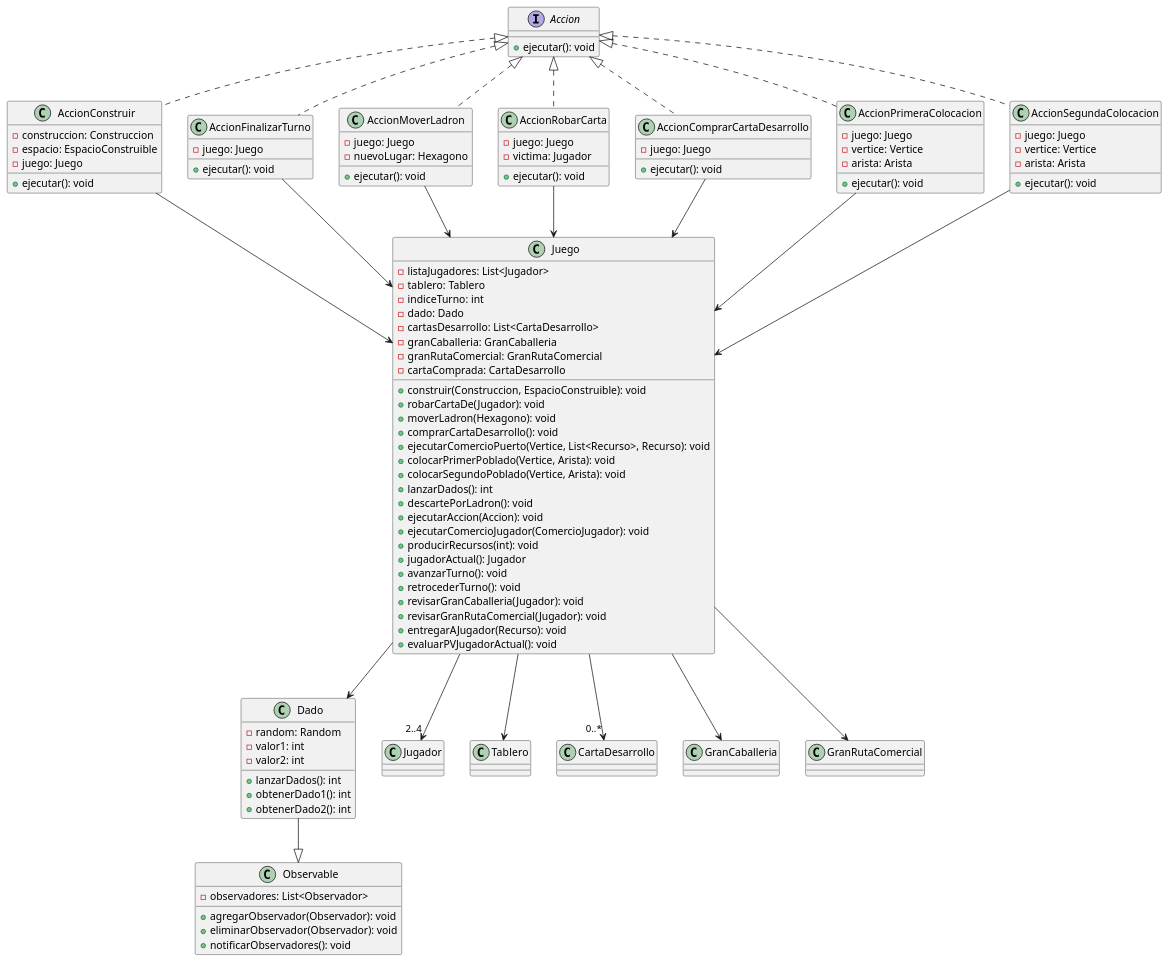
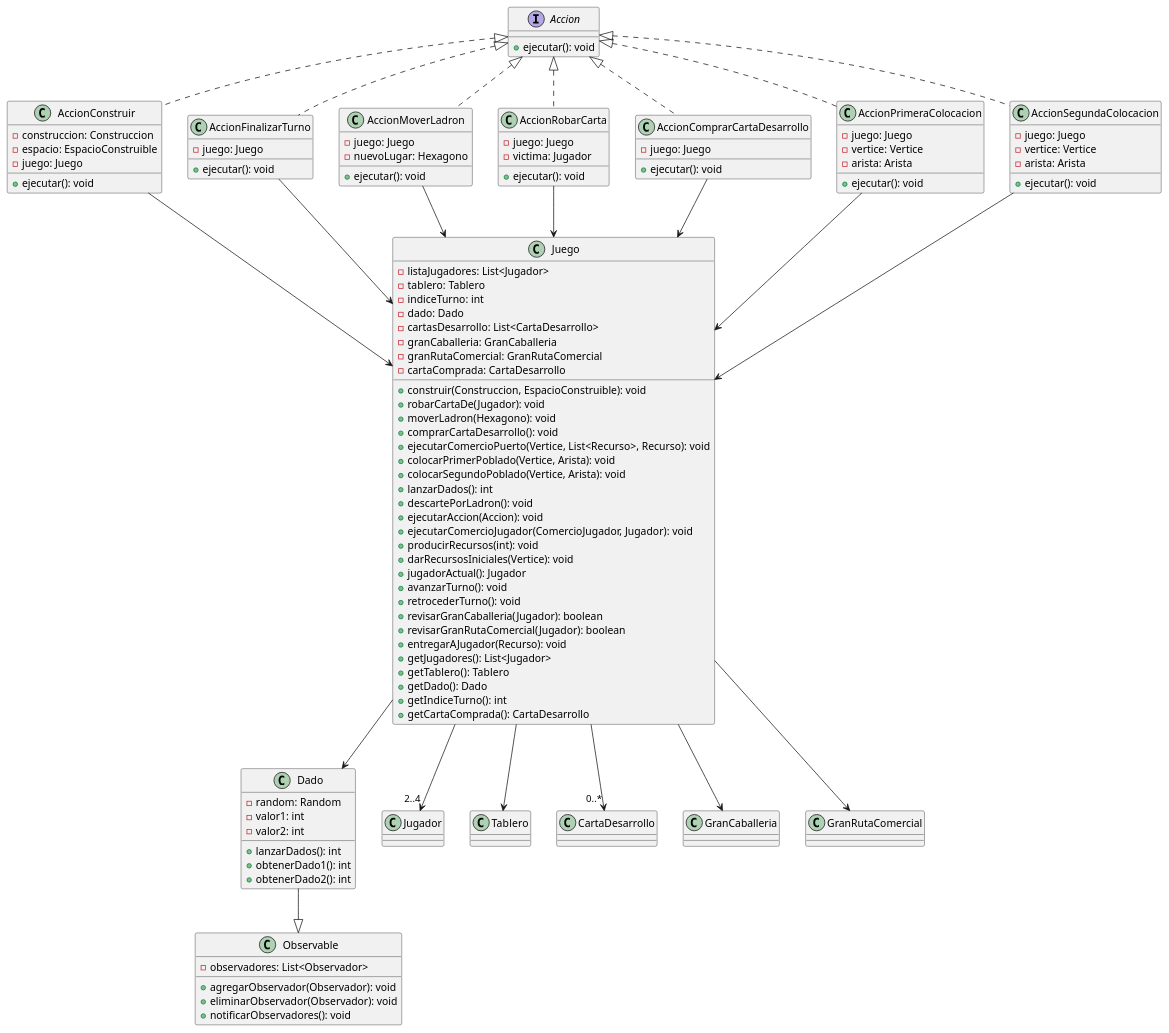
Before and after one commit to ValeSolArroyo/TP2-Catan: the diagram in diagrams/classes/juego.puml, drawn with PlantUML. The commit also changed 8 other files, not shown here.

Commit message:
diagramas actualizados

```diff
--- a/diagrams/classes/juego.puml
+++ b/diagrams/classes/juego.puml
@@ -1,132 +1,137 @@
 @startuml
 
 class Juego {
   - listaJugadores: List<Jugador>
   - tablero: Tablero
   - indiceTurno: int
   - dado: Dado
   - cartasDesarrollo: List<CartaDesarrollo>
   - granCaballeria: GranCaballeria
   - granRutaComercial: GranRutaComercial
   - cartaComprada: CartaDesarrollo
   
   + construir(Construccion, EspacioConstruible): void
   + robarCartaDe(Jugador): void
   + moverLadron(Hexagono): void
   + comprarCartaDesarrollo(): void
   + ejecutarComercioPuerto(Vertice, List<Recurso>, Recurso): void
   + colocarPrimerPoblado(Vertice, Arista): void
   + colocarSegundoPoblado(Vertice, Arista): void
   + lanzarDados(): int
   + descartePorLadron(): void
   + ejecutarAccion(Accion): void
-  + ejecutarComercioJugador(ComercioJugador): void
+  + ejecutarComercioJugador(ComercioJugador, Jugador): void
   + producirRecursos(int): void
+  + darRecursosIniciales(Vertice): void
   + jugadorActual(): Jugador
   + avanzarTurno(): void
   + retrocederTurno(): void
-  + revisarGranCaballeria(Jugador): void
-  + revisarGranRutaComercial(Jugador): void
+  + revisarGranCaballeria(Jugador): boolean
+  + revisarGranRutaComercial(Jugador): boolean
   + entregarAJugador(Recurso): void
-  + evaluarPVJugadorActual(): void
+  + getJugadores(): List<Jugador>
+  + getTablero(): Tablero
+  + getDado(): Dado
+  + getIndiceTurno(): int
+  + getCartaComprada(): CartaDesarrollo
 }
 
 class Dado {
   - random: Random
   - valor1: int
   - valor2: int
   
   + lanzarDados(): int
   + obtenerDado1(): int
   + obtenerDado2(): int
 }
 
 class Observable {
   - observadores: List<Observador>
   
   + agregarObservador(Observador): void
   + eliminarObservador(Observador): void
   + notificarObservadores(): void
 }
 
 interface Accion {
   + ejecutar(): void
 }
 
 class AccionConstruir {
   - construccion: Construccion
   - espacio: EspacioConstruible
   - juego: Juego
   
   + ejecutar(): void
 }
 
 class AccionFinalizarTurno {
   - juego: Juego
   
   + ejecutar(): void
 }
 
 class AccionMoverLadron {
   - juego: Juego
   - nuevoLugar: Hexagono
   
   + ejecutar(): void
 }
 
 class AccionRobarCarta {
   - juego: Juego
   - victima: Jugador
   
   + ejecutar(): void
 }
 
 class AccionComprarCartaDesarrollo {
   - juego: Juego
   
   + ejecutar(): void
 }
 
 class AccionPrimeraColocacion {
   - juego: Juego
   - vertice: Vertice
   - arista: Arista
   
   + ejecutar(): void
 }
 
 class AccionSegundaColocacion {
   - juego: Juego
   - vertice: Vertice
   - arista: Arista
   
   + ejecutar(): void
 }
 
 Dado --|> Observable
 
 Juego --> Dado
 Juego --> "2..4" Jugador
 Juego --> Tablero
 Juego --> "0..*" CartaDesarrollo
 Juego --> GranCaballeria
 Juego --> GranRutaComercial
 
 
 Accion <|.. AccionConstruir
 Accion <|.. AccionFinalizarTurno
 Accion <|.. AccionMoverLadron
 Accion <|.. AccionRobarCarta
 Accion <|.. AccionComprarCartaDesarrollo
 Accion <|.. AccionPrimeraColocacion
 Accion <|.. AccionSegundaColocacion
 
 AccionConstruir --> Juego
 AccionFinalizarTurno --> Juego
 AccionMoverLadron --> Juego
 AccionRobarCarta --> Juego
 AccionComprarCartaDesarrollo --> Juego
 AccionPrimeraColocacion --> Juego
 AccionSegundaColocacion --> Juego
 
 @enduml
```
